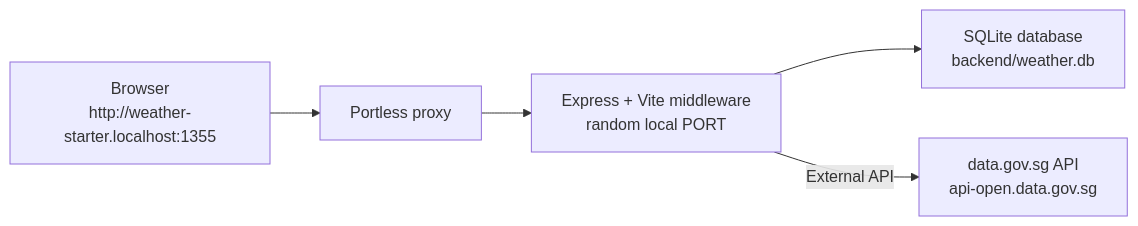
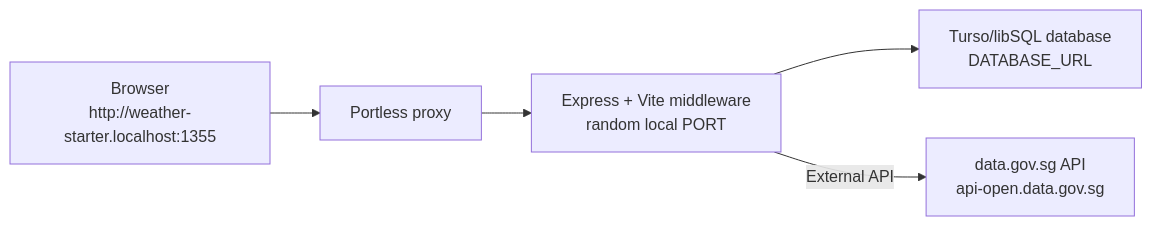
The diagram in README.md (DevTK0/weather_starter), drawn with Mermaid before and after one commit. The commit also changed other lines of this file and 7 other files, not shown here.

Commit message:
Migrate storage to libSQL

````diff
--- a/README.md
+++ b/README.md
@@ -19,7 +19,7 @@
 ```mermaid
 flowchart LR
     A["Browser<br/>http://weather-starter.localhost:1355"] --> B["Portless proxy"]
     B --> C["Express + Vite middleware<br/>random local PORT"]
-    C --> D["SQLite database<br/>backend/weather.db"]
+    C --> D["Turso/libSQL database<br/>DATABASE_URL"]
     C -->|External API| E["data.gov.sg API<br/>api-open.data.gov.sg"]
 ```
````
